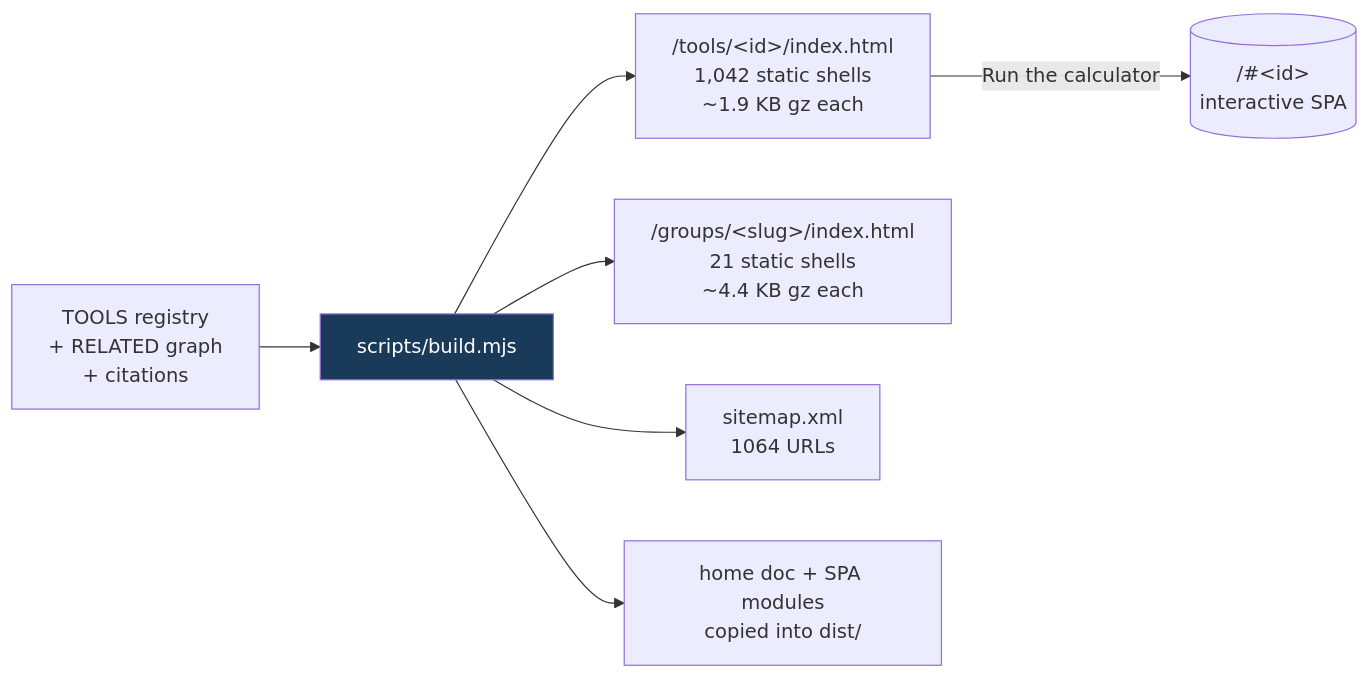
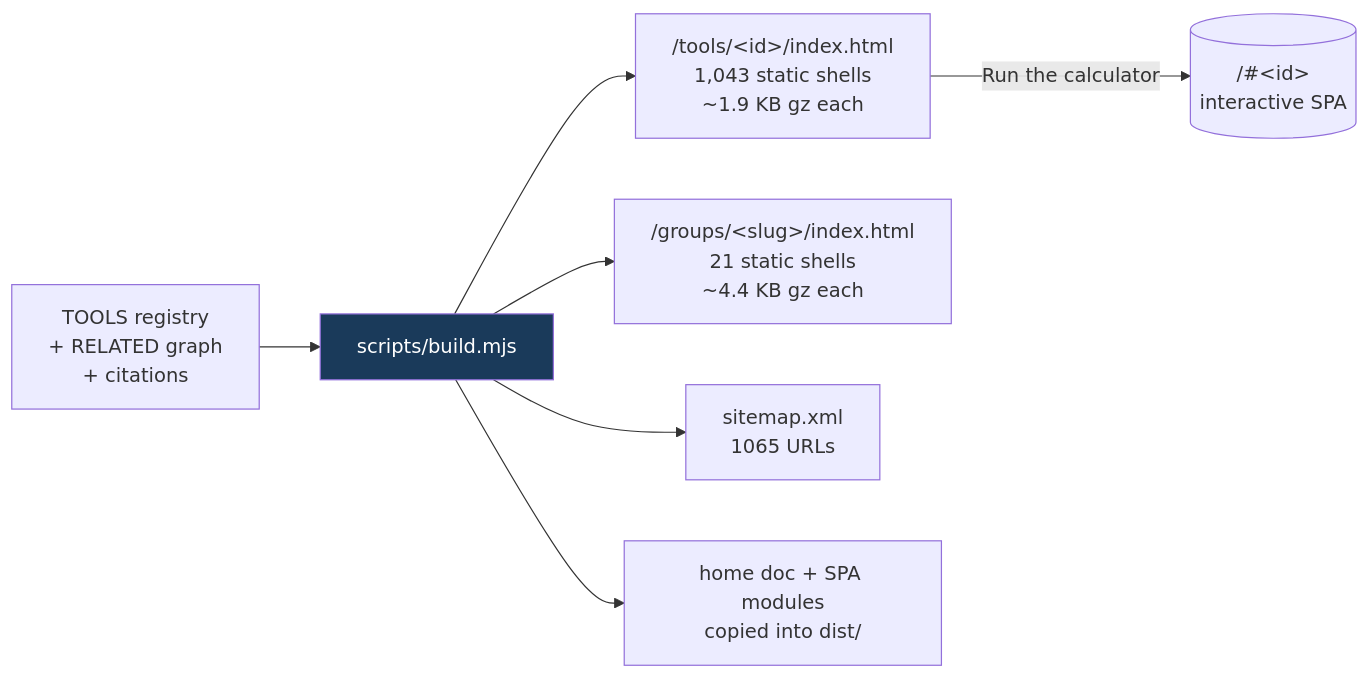
One commit to clay-good/roughlogic.com changed the fifth of 8 diagrams in README.md. Above: the diagram before and after it, drawn with Mermaid. The commit also changed other lines of this file and 14 other files, not shown here.

````diff
--- a/README.md
+++ b/README.md
@@ -495,10 +495,10 @@
 ```mermaid
 flowchart LR
     SRC[TOOLS registry\n+ RELATED graph\n+ citations] --> BUILD[scripts/build.mjs]
-    BUILD --> TILE["/tools/&lt;id&gt;/index.html\n1,042 static shells\n~1.9 KB gz each"]
+    BUILD --> TILE["/tools/&lt;id&gt;/index.html\n1,043 static shells\n~1.9 KB gz each"]
     BUILD --> GROUP["/groups/&lt;slug&gt;/index.html\n21 static shells\n~4.4 KB gz each"]
-    BUILD --> MAP["sitemap.xml\n1064 URLs"]
+    BUILD --> MAP["sitemap.xml\n1065 URLs"]
     BUILD --> COPY[home doc + SPA modules\ncopied into dist/]
     TILE -->|Run the calculator| SPA[("/#&lt;id&gt;\ninteractive SPA")]
     style BUILD fill:#1a3a5a,color:#fff
 ```
````
